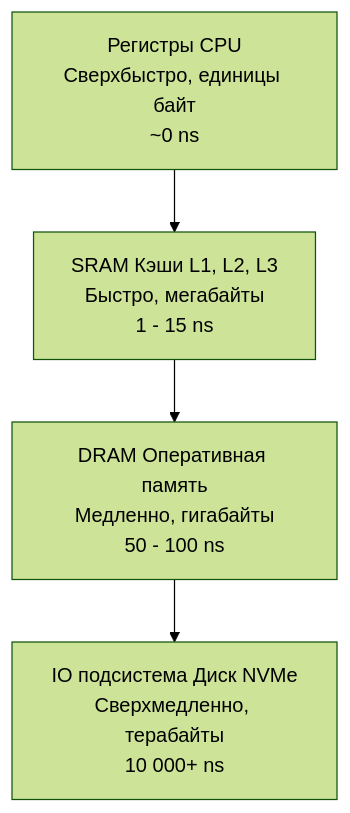
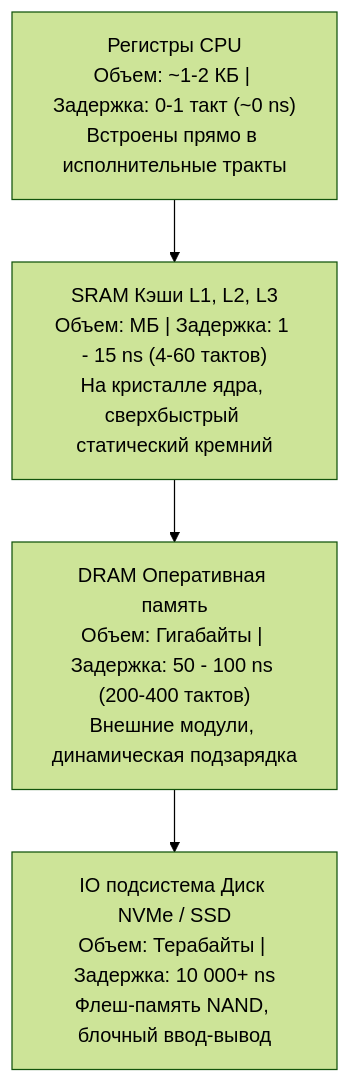
One commit to UnrealTemplier/go-textbook changed the second of 2 diagrams in sources/1. Архитектура компьютера/17. Пирамида памяти. Регистры, SRAM, DRAM и цена доступа.md. Above: the diagram before and after it, drawn with Mermaid (forest theme). The commit also changed other lines of this file, not shown here.

````diff
--- a/sources/1. Архитектура компьютера/17. Пирамида памяти. Регистры, SRAM, DRAM и цена доступа.md
+++ b/sources/1. Архитектура компьютера/17. Пирамида памяти. Регистры, SRAM, DRAM и цена доступа.md
@@ -20,6 +58,6 @@
 ```mermaid
 flowchart TD
-    A["Регистры CPU<br>Сверхбыстро, единицы байт<br>~0 ns"] --> B["SRAM Кэши L1, L2, L3<br>Быстро, мегабайты<br>1 - 15 ns"]
-    B --> C["DRAM Оперативная память<br>Медленно, гигабайты<br>50 - 100 ns"]
-    C --> D["IO подсистема Диск NVMe<br>Сверхмедленно, терабайты<br>10 000+ ns"]
+    A["Регистры CPU<br>Объем: ~1-2 КБ | Задержка: 0-1 такт (~0 ns)<br>Встроены прямо в исполнительные тракты"] --> B["SRAM Кэши L1, L2, L3<br>Объем: МБ | Задержка: 1 - 15 ns (4-60 тактов)<br>На кристалле ядра, сверхбыстрый статический кремний"]
+    B --> C["DRAM Оперативная память<br>Объем: Гигабайты | Задержка: 50 - 100 ns (200-400 тактов)<br>Внешние модули, динамическая подзарядка"]
+    C --> D["IO подсистема Диск NVMe / SSD<br>Объем: Терабайты | Задержка: 10 000+ ns<br>Флеш-память NAND, блочный ввод-вывод"]
 ```
````
